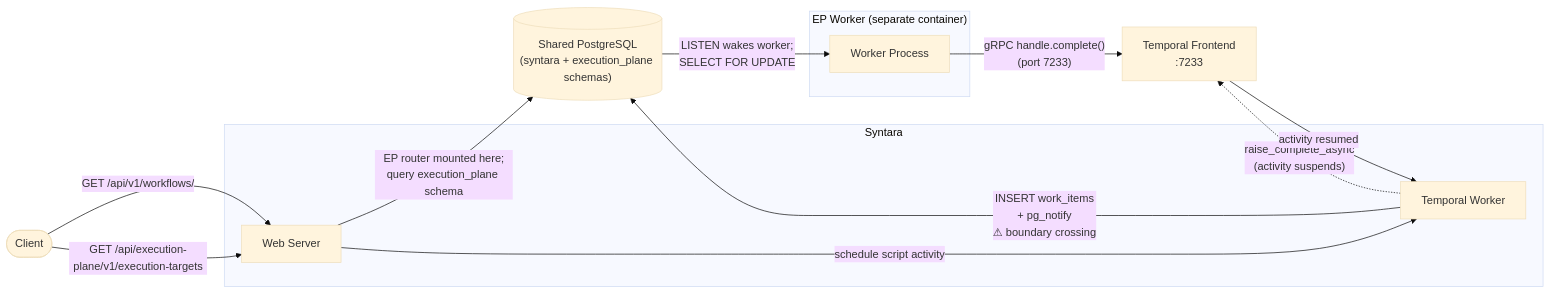
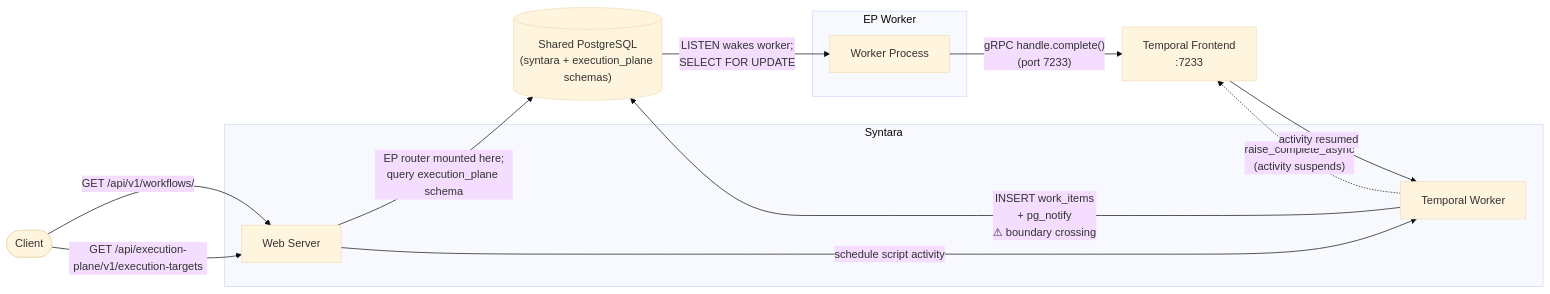
The first of 2 diagrams in backend/docs/execution-plane-integration.md (AlanCoding/syntara), drawn with Mermaid (base theme) before and after one commit.

Commit message:
docs(ep): clean up current-state diagram subgraph layout
Move Shared PostgreSQL and Temporal Frontend outside all subgraph boxes in
the current-state diagram — neither Syntara nor the EP Worker owns those
resources right now. Two boxes remain: Syntara (web server + Temporal worker)
and EP Worker (worker process).

Future-state diagram keeps databases inside their respective service boxes
since ownership is the whole point of the split.

````diff
--- a/backend/docs/execution-plane-integration.md
+++ b/backend/docs/execution-plane-integration.md
@@ -23,28 +23,27 @@
 ```mermaid
 flowchart LR
     C([Client])
+    DB[("Shared PostgreSQL\n(syntara + execution_plane schemas)")]
+    T["Temporal Frontend\n:7233"]
 
     subgraph syn["Syntara"]
         SW["Web Server"]
         STW["Temporal Worker"]
     end
 
-    subgraph ep["EP Worker (separate container)"]
+    subgraph ep["EP Worker"]
         EPW["Worker Process"]
     end
-
-    DB[("Shared PostgreSQL\n(syntara + execution_plane schemas)")]
-    T["Temporal Frontend\n:7233"]
 
     C -->|"GET /api/v1/workflows/"| SW
     C -->|"GET /api/execution-plane/v1/execution-targets"| SW
     SW -->|"EP router mounted here;\nquery execution_plane schema"| DB
 
     SW -->|"schedule script activity"| STW
     STW -->|"INSERT work_items\n+ pg_notify\n⚠ boundary crossing"| DB
     STW -.->|"raise_complete_async\n(activity suspends)"| T
 
     DB -->|"LISTEN wakes worker;\nSELECT FOR UPDATE"| EPW
     EPW -->|"gRPC handle.complete()\n(port 7233)"| T
     T -->|"activity resumed"| STW
 ```
````
